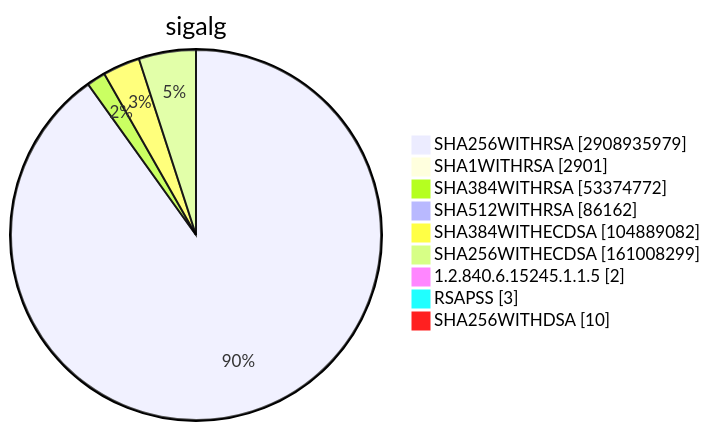
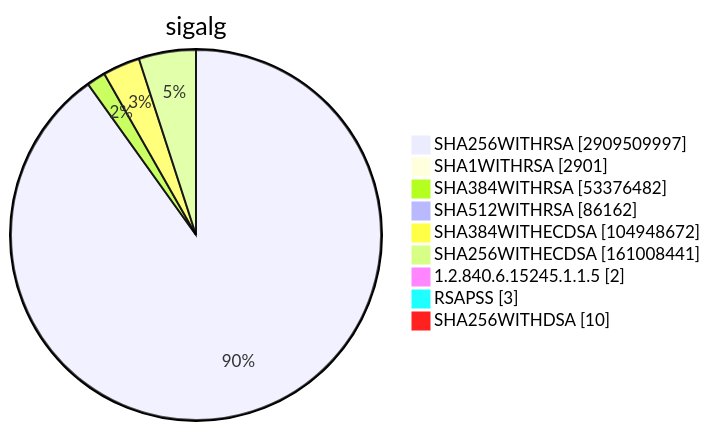
Diagram 15 of 15 in TOTAL/README.md (christiankrug/ctmonitor_visualization), drawn with Mermaid before and after one commit. The commit also changed other lines of this file, not shown here.

````diff
--- a/TOTAL/README.md
+++ b/TOTAL/README.md
@@ -6207,13 +6207,13 @@
 ```mermaid
 pie showData
 title sigalg
-"SHA256WITHRSA" :2908935979
+"SHA256WITHRSA" :2909509997
 "SHA1WITHRSA" :2901
-"SHA384WITHRSA" :53374772
+"SHA384WITHRSA" :53376482
 "SHA512WITHRSA" :86162
-"SHA384WITHECDSA" :104889082
-"SHA256WITHECDSA" :161008299
+"SHA384WITHECDSA" :104948672
+"SHA256WITHECDSA" :161008441
 "1.2.840.6.15245.1.1.5" :2
 "RSAPSS" :3
 "SHA256WITHDSA" :10
 ```
````
